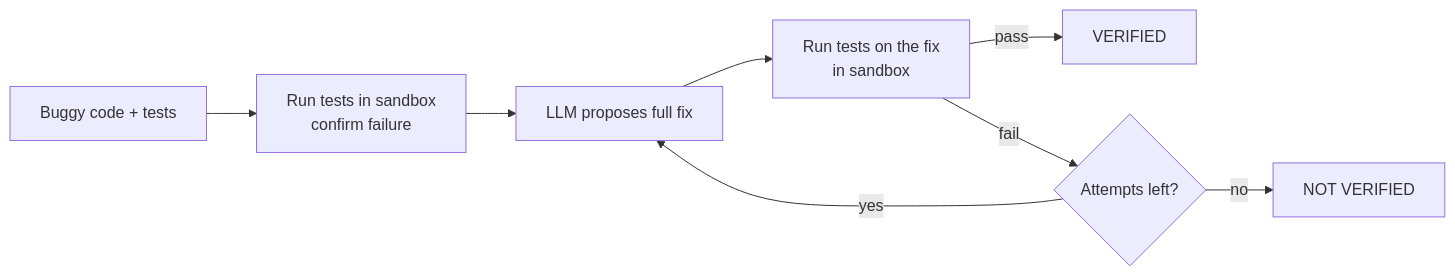
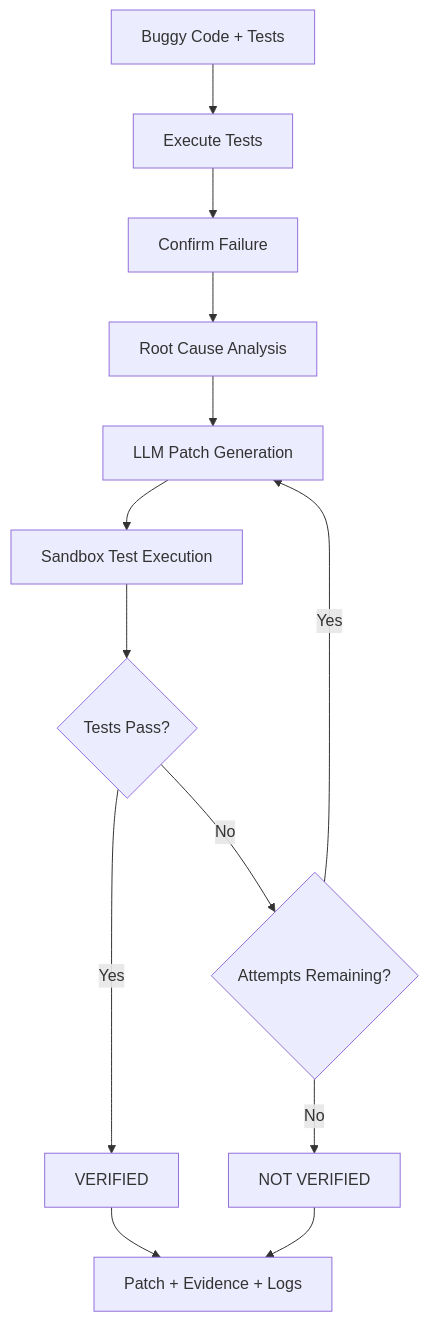
Before and after one commit to priyadarshini116/BugVertex-AI: the diagram in README.md, drawn with Mermaid. The commit also changed other lines of this file and 5 other files, not shown here.

````diff
--- a/README.md
+++ b/README.md
@@ -79,10 +57,15 @@
 ```mermaid
-flowchart LR
-    B[Buggy code + tests] --> S1[Run tests in sandbox<br/>confirm failure]
-    S1 --> L[LLM proposes full fix]
-    L --> S2[Run tests on the fix<br/>in sandbox]
-    S2 -- pass --> V[VERIFIED]
-    S2 -- fail --> R{Attempts left?}
-    R -- yes --> L
-    R -- no --> N[NOT VERIFIED]
+flowchart TD
+    A[Buggy Code + Tests] --> B[Execute Tests]
+    B --> C[Confirm Failure]
+    C --> D[Root Cause Analysis]
+    D --> E[LLM Patch Generation]
+    E --> F[Sandbox Test Execution]
+    F --> G{Tests Pass?}
+    G -->|Yes| H[VERIFIED]
+    G -->|No| I{Attempts Remaining?}
+    I -->|Yes| E
+    I -->|No| J[NOT VERIFIED]
+    H --> K[Patch + Evidence + Logs]
+    J --> K
 ```
````
